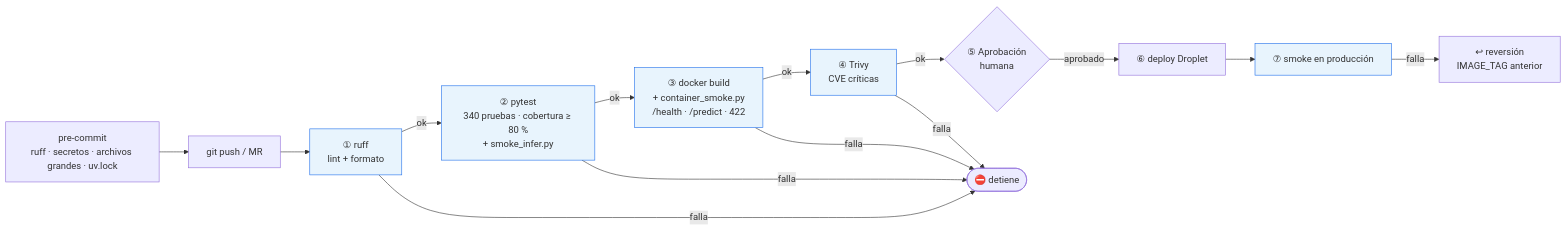
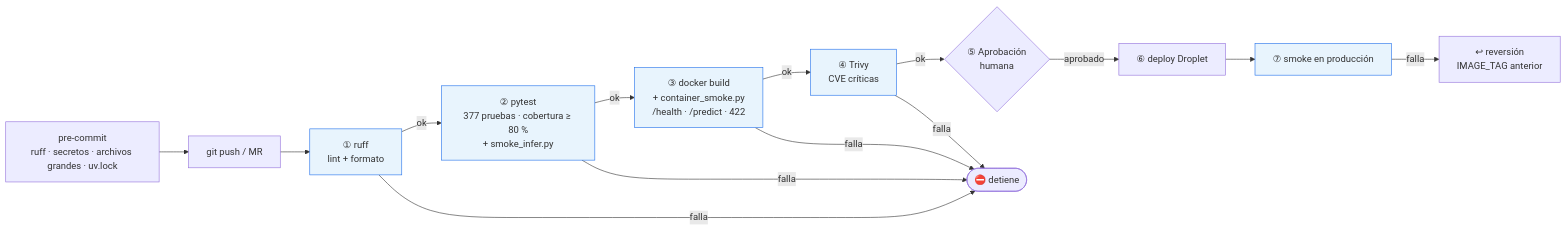
Before and after one commit to JulianReneMunoz/Neumonia: the diagram in docs/arquitectura/diagramas/08-pipeline-cicd.mmd, drawn with Mermaid. The commit also changed 35 other files, not shown here.

```diff
--- a/docs/arquitectura/diagramas/08-pipeline-cicd.mmd
+++ b/docs/arquitectura/diagramas/08-pipeline-cicd.mmd
@@ -1,17 +1,17 @@
 %% Pipeline CI/CD con compuertas de calidad
 flowchart LR
   pc["pre-commit<br/>ruff · secretos · archivos grandes · uv.lock"] --> push["git push / MR"]
   push --> l["① ruff<br/>lint + formato"]
-  l -->|ok| t["② pytest<br/>340 pruebas · cobertura ≥ 80 %<br/>+ smoke_infer.py"]
+  l -->|ok| t["② pytest<br/>377 pruebas · cobertura ≥ 80 %<br/>+ smoke_infer.py"]
   t -->|ok| b["③ docker build<br/>+ container_smoke.py<br/>/health · /predict · 422"]
   b -->|ok| s["④ Trivy<br/>CVE críticas"]
   s -->|ok| g{"⑤ Aprobación<br/>humana"}
   g -->|aprobado| d["⑥ deploy Droplet"]
   d --> v["⑦ smoke en producción"]
   l -->|falla| x(["⛔ detiene"])
   t -->|falla| x
   b -->|falla| x
   s -->|falla| x
   v -->|falla| rb["↩ reversión<br/>IMAGE_TAG anterior"]
   classDef gate fill:#e8f4fd,stroke:#1f6feb;
   class l,t,b,s,v gate;
```
